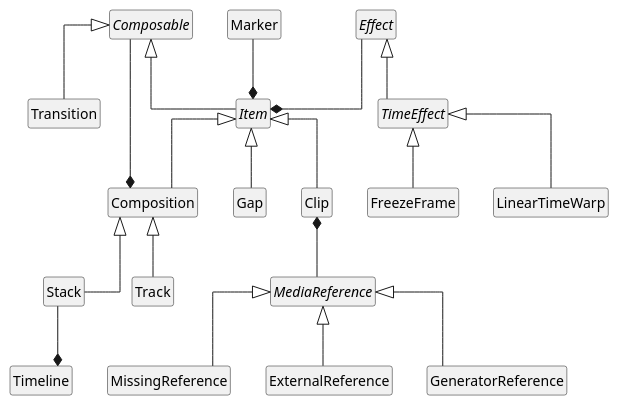
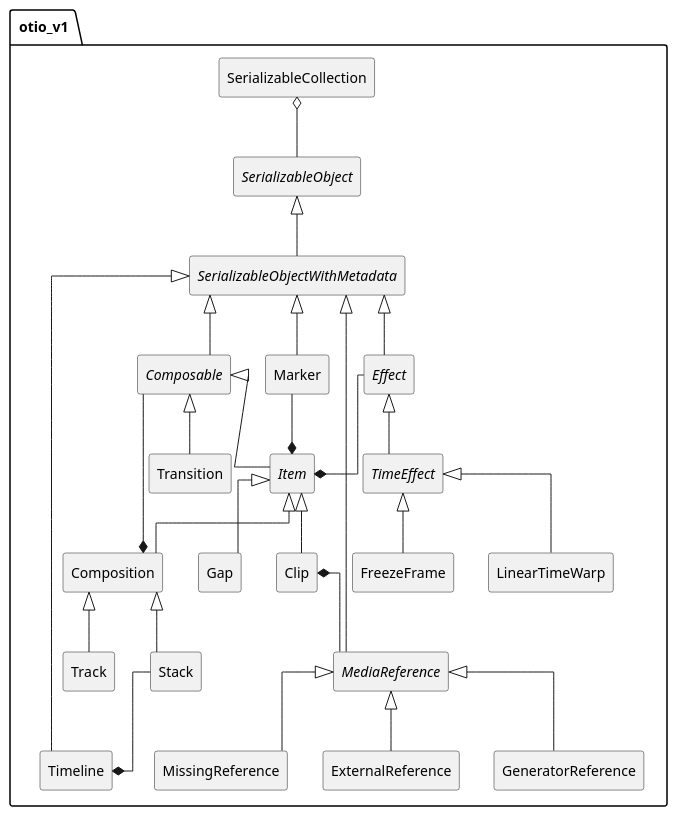
The first of 31 diagrams in docs/data-model/otio-core.md (AcademySoftwareFoundation/OpenTimelineIO), drawn with PlantUML before and after one commit. The commit also changed other lines of this file and 1 other file, not shown here.

Commit message:
Added SerializableCollection Addressed multiple review comments Attempt at integrating in documentation system

````diff
--- a/docs/data-model/otio-core.md
+++ b/docs/data-model/otio-core.md
@@ -19,62 +19,82 @@
 ```puml
 @startuml
 hide empty members
 skinparam classAttributeIconSize 0
 skinparam linetype ortho
+skinparam padding 5
 hide circle
 
+package otio_v1 <<Folder>> {
+
+class SerializableCollection [[#object-model-SerializableCollection]]
+SerializableCollection o-- SerializableObject
+
+SerializableObject <|-down- SerializableObjectWithMetadata
+
+SerializableObjectWithMetadata <|-down- Timeline
+SerializableObjectWithMetadata <|-down- Composable
+SerializableObjectWithMetadata <|-down- Marker
+SerializableObjectWithMetadata <|-down- Effect
+SerializableObjectWithMetadata <|-down- MediaReference
+
+abstract class SerializableObjectWithMetadata [[#object-model-SerializableObjectWithMetadata]]
+interface SerializableObject [[#object-model-SerializableObject]]
 abstract class Composable [[#object-model-Composable]]
 abstract class TimeEffect [[#object-model-TimeEffect]]
 abstract class Item [[#object-model-Item]]
 class Transition [[#object-model-Transition]]
 
 together {
   class Clip [[#object-model-Clip]]
   class Gap [[#object-model-Gap]]
   class Composition [[#object-model-Composition]]
 }
 
 abstract class Effect [[#object-model-Effect]]
 class Marker [[#object-model-Marker]]
 
 class LinearTimeWarp [[#object-model-LinearTimeWarp]]
 class FreezeFrame [[#object-model-FreezeFrame]]
 
 class Timeline [[#object-model-Timeline]]
 class Stack [[#object-model-Stack]]
 class Track [[#object-model-Track]]
 
 Stack --* Timeline
 
 Composable <|-- Item
 Composable <|-- Transition
 
 Item <|-- Clip
 Item <|-- Gap
 Item <|-- Composition
 
 Marker --* Item
+
+
 Effect --* Item
-
 Effect <|-- TimeEffect
 
 TimeEffect <|-- LinearTimeWarp
 TimeEffect <|-- FreezeFrame
 
 Composition <|-- Track
 Composition <|-- Stack
 Composition *-- Composable
 
 Clip *-- MediaReference
 
 abstract class MediaReference [[#object-model-MediaReference]]
+
 class GeneratorReference [[#object-model-GeneratorReference]]
 class MissingReference [[#object-model-MissingReference]]
 class ExternalReference [[#object-model-ExternalReference]]
 
-MediaReference <|-- ExternalReference
-MediaReference <|-- GeneratorReference
-MediaReference <|-- MissingReference
+MediaReference <|-down- ExternalReference
+MediaReference <|-down- GeneratorReference
+MediaReference <|-down- MissingReference
+
+}
 
 @enduml
 ```
````
